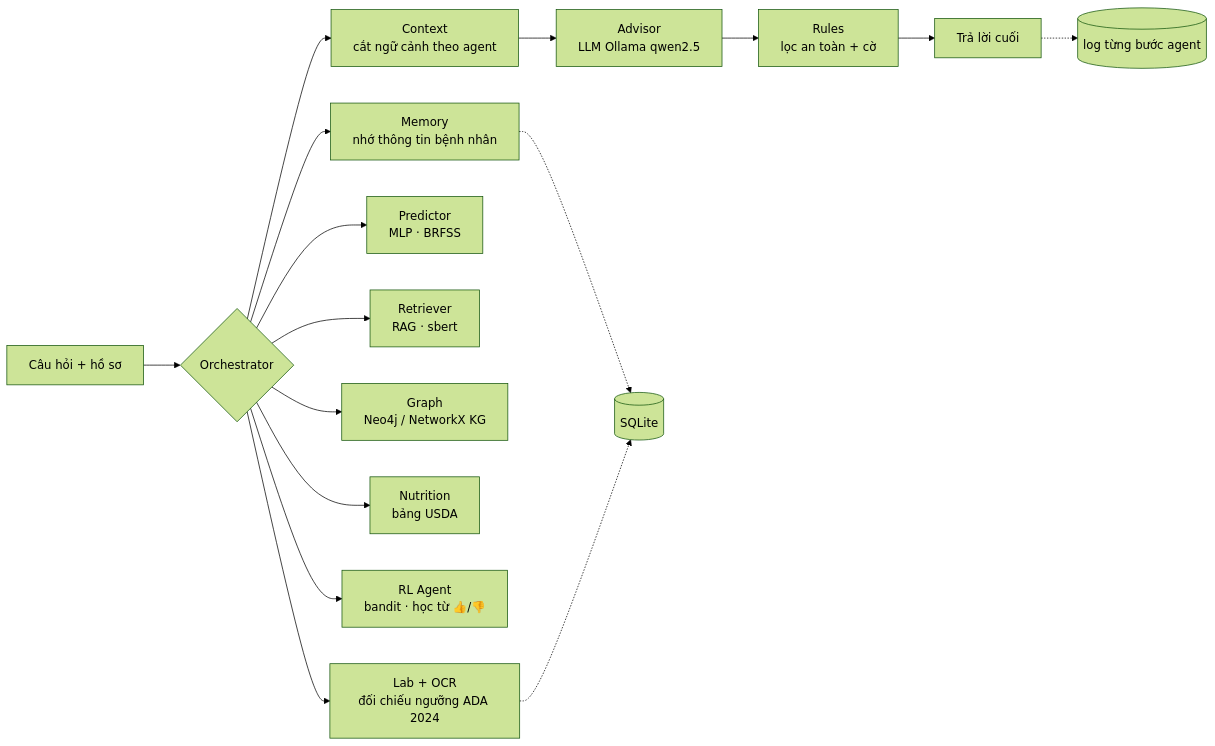
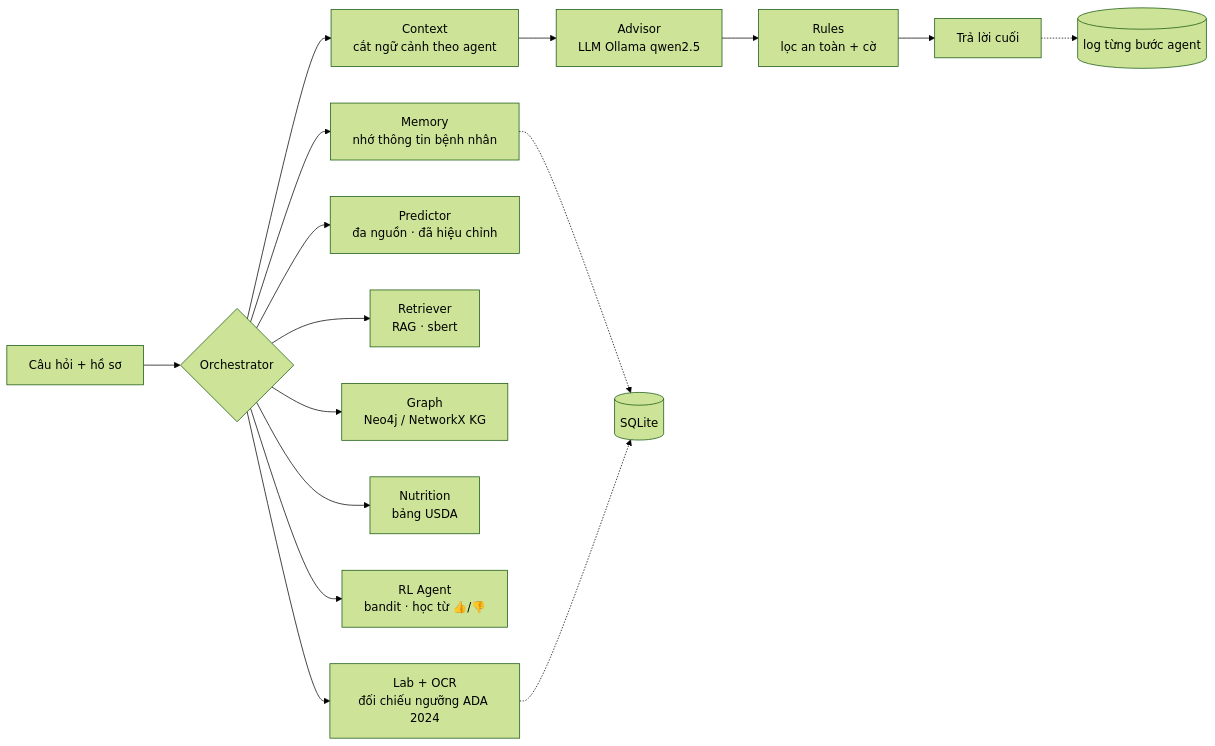
The diagram in README.md (lyhaiquan/diabet-agent), drawn with Mermaid (forest theme) before and after one commit. The commit also changed other lines of this file and 34 other files, not shown here.

First line of the commit message:
Predictor đa nguồn: BRFSS 2015 + 2023 + NHANES, hiệu chỉnh xác suất, ngưỡng nguy cơ mới

````diff
--- a/README.md
+++ b/README.md
@@ -15,17 +15,17 @@
 ```mermaid
 flowchart LR
     Q[Câu hỏi + hồ sơ] --> O{Orchestrator}
     O --> M[Memory<br/>nhớ thông tin bệnh nhân]
     O --> L[Lab + OCR<br/>đối chiếu ngưỡng ADA 2024]
-    O --> P[Predictor<br/>MLP · BRFSS]
+    O --> P[Predictor<br/>đa nguồn · đã hiệu chỉnh]
     O --> R[Retriever<br/>RAG · sbert]
     O --> G[Graph<br/>Neo4j / NetworkX KG]
     O --> N[Nutrition<br/>bảng USDA]
     O --> RL[RL Agent<br/>bandit · học từ 👍/👎]
     O --> C[Context<br/>cắt ngữ cảnh theo agent]
     C --> A[Advisor<br/>LLM Ollama qwen2.5]
     A --> RU[Rules<br/>lọc an toàn + cờ]
     RU --> F[Trả lời cuối]
     M & L -.-> DB[(SQLite)]
     F -.-> LOG[(log từng bước agent)]
 ```
````
